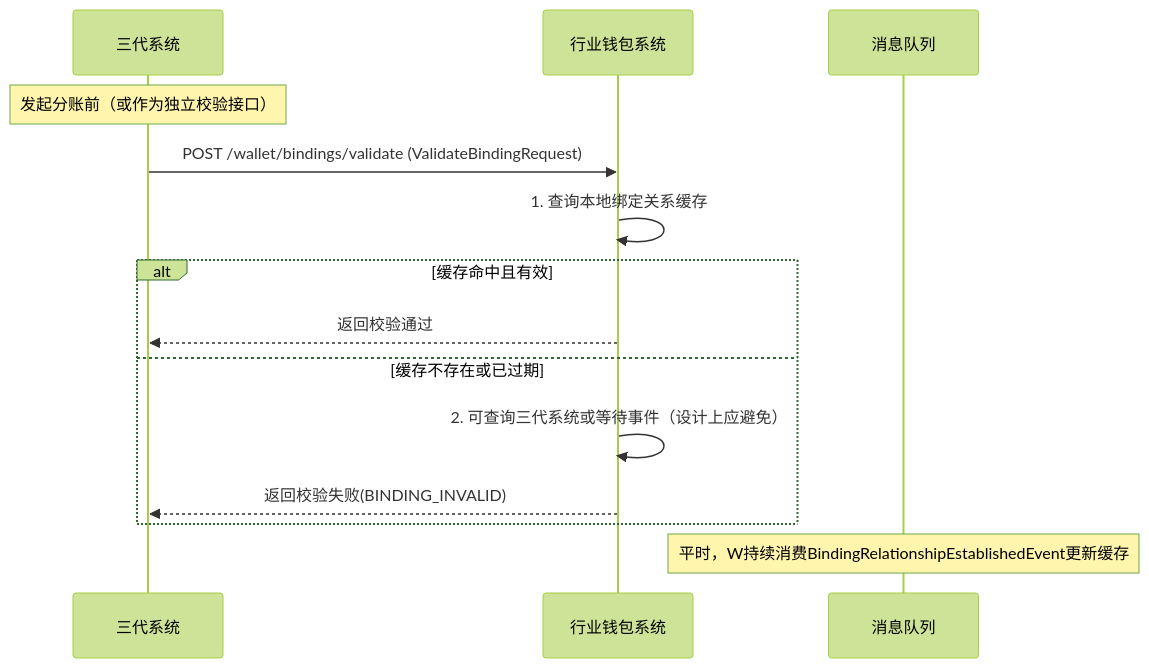
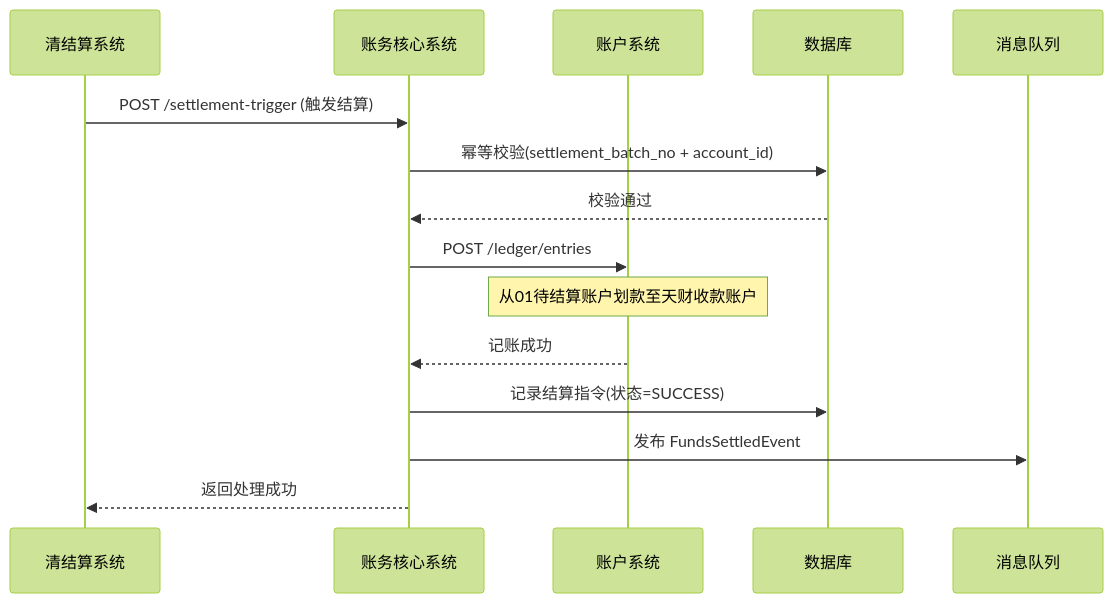
Before and after one commit to youzi211/AiCoding: diagram 16 of 28 in data/天财分账需求/gpt-5.2/output/final_design_document.md, drawn with Mermaid (forest theme). The commit also changed other lines of this file and 93 other files, not shown here.

````diff
--- a/data/天财分账需求/gpt-5.2/output/final_design_document.md
+++ b/data/天财分账需求/gpt-5.2/output/final_design_document.md
@@ -2606,17 +2455,18 @@
 ```mermaid
 sequenceDiagram
-    participant C as 三代系统
-    participant W as 行业钱包系统
+    participant S as 清结算系统
+    participant L as 账务核心系统
+    participant A as 账户系统
+    participant DB as 数据库
     participant MQ as 消息队列
 
-    Note over C: 发起分账前（或作为独立校验接口）
-    C->>W: POST /wallet/bindings/validate (ValidateBindingRequest)
-    W->>W: 1. 查询本地绑定关系缓存
-    alt 缓存命中且有效
-        W-->>C: 返回校验通过
-    else 缓存不存在或已过期
-        W->>W: 2. 可查询三代系统或等待事件（设计上应避免）
-        W-->>C: 返回校验失败(BINDING_INVALID)
-    end
-    Note over MQ: 平时，W持续消费BindingRelationshipEstablishedEvent更新缓存
+    S->>L: POST /settlement-trigger (触发结算)
+    L->>DB: 幂等校验(settlement_batch_no + account_id)
+    DB-->>L: 校验通过
+    L->>A: POST /ledger/entries
+    Note over A: 从01待结算账户划款至天财收款账户
+    A-->>L: 记账成功
+    L->>DB: 记录结算指令(状态=SUCCESS)
+    L->>MQ: 发布 FundsSettledEvent
+    L-->>S: 返回处理成功
 ```
````
